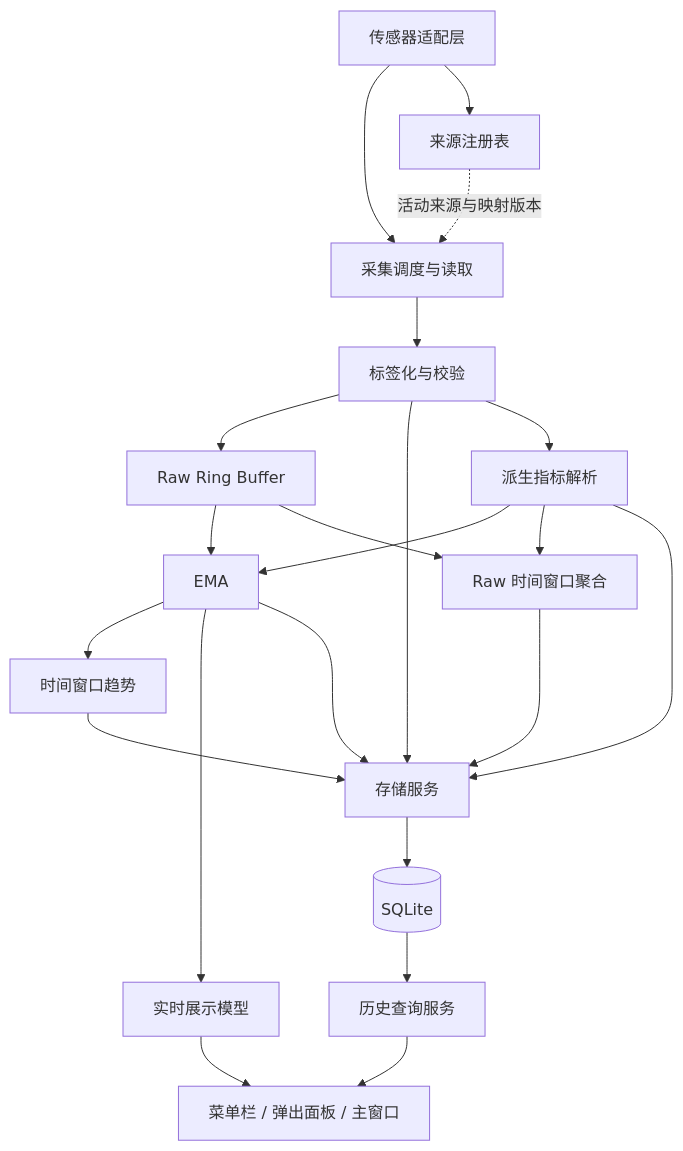
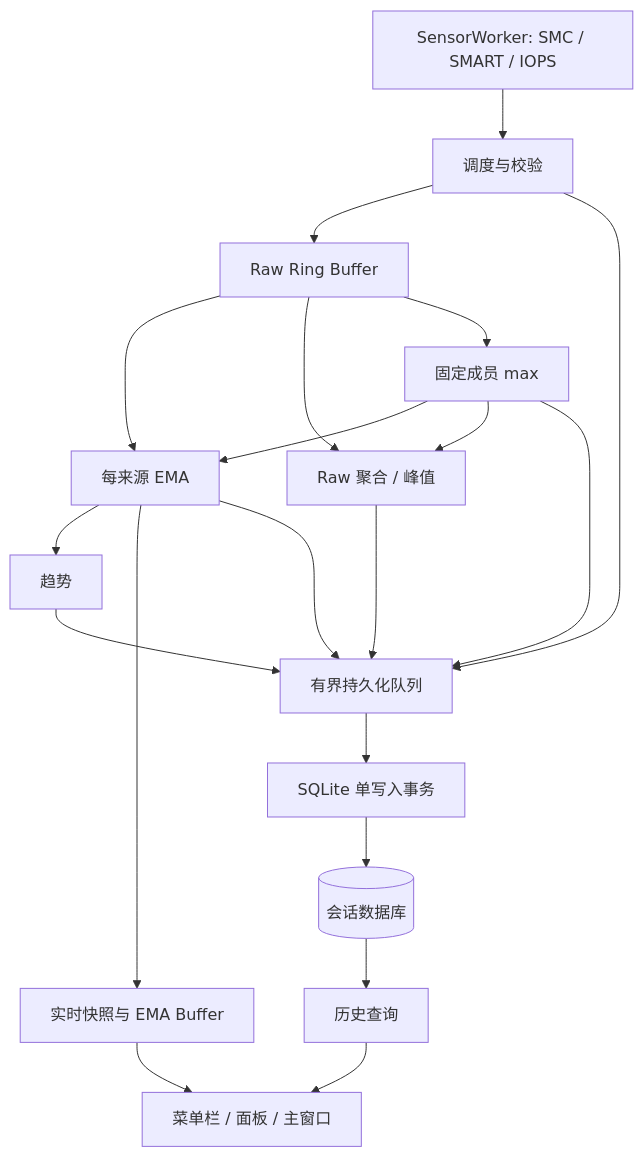
One commit to sisyphe550/Temperature-monitoring changed the diagram in docs/02-architecture.md. Above: the diagram before and after it, drawn with Mermaid. The commit also changed other lines of this file and 34 other files, not shown here.

````diff
--- a/docs/02-architecture.md
+++ b/docs/02-architecture.md
@@ -15,24 +15,22 @@
 ```mermaid
 flowchart TD
-    A[传感器适配层] --> B[采集调度与读取]
-    A --> REG[来源注册表]
-    REG -.活动来源与映射版本.-> B
-    B --> C[标签化与校验]
-    C --> D[Raw Ring Buffer]
-    C --> S[存储服务]
-    D --> E[EMA]
-    D --> F[Raw 时间窗口聚合]
-    C --> M[派生指标解析]
+    H[SensorWorker: SMC / SMART / IOPS] --> S[调度与校验]
+    S --> R[Raw Ring Buffer]
+    R --> E[每来源 EMA]
+    R --> A[Raw 聚合 / 峰值]
+    R --> M[固定成员 max]
     M --> E
-    M --> F
-    M --> S
-    E --> T[时间窗口趋势]
-    E --> R[实时展示模型]
-    E --> S
-    F --> S
-    T --> S
-    S --> DB[(SQLite)]
-    DB --> Q[历史查询服务]
-    R --> UI[菜单栏 / 弹出面板 / 主窗口]
-    Q --> UI
+    M --> A
+    E --> T[趋势]
+    E --> V[实时快照与 EMA Buffer]
+    S --> Q[有界持久化队列]
+    M --> Q
+    E --> Q
+    A --> Q
+    T --> Q
+    Q --> W[SQLite 单写入事务]
+    W --> D[(会话数据库)]
+    D --> HQ[历史查询]
+    V --> UI[菜单栏 / 面板 / 主窗口]
+    HQ --> UI
 ```
````
